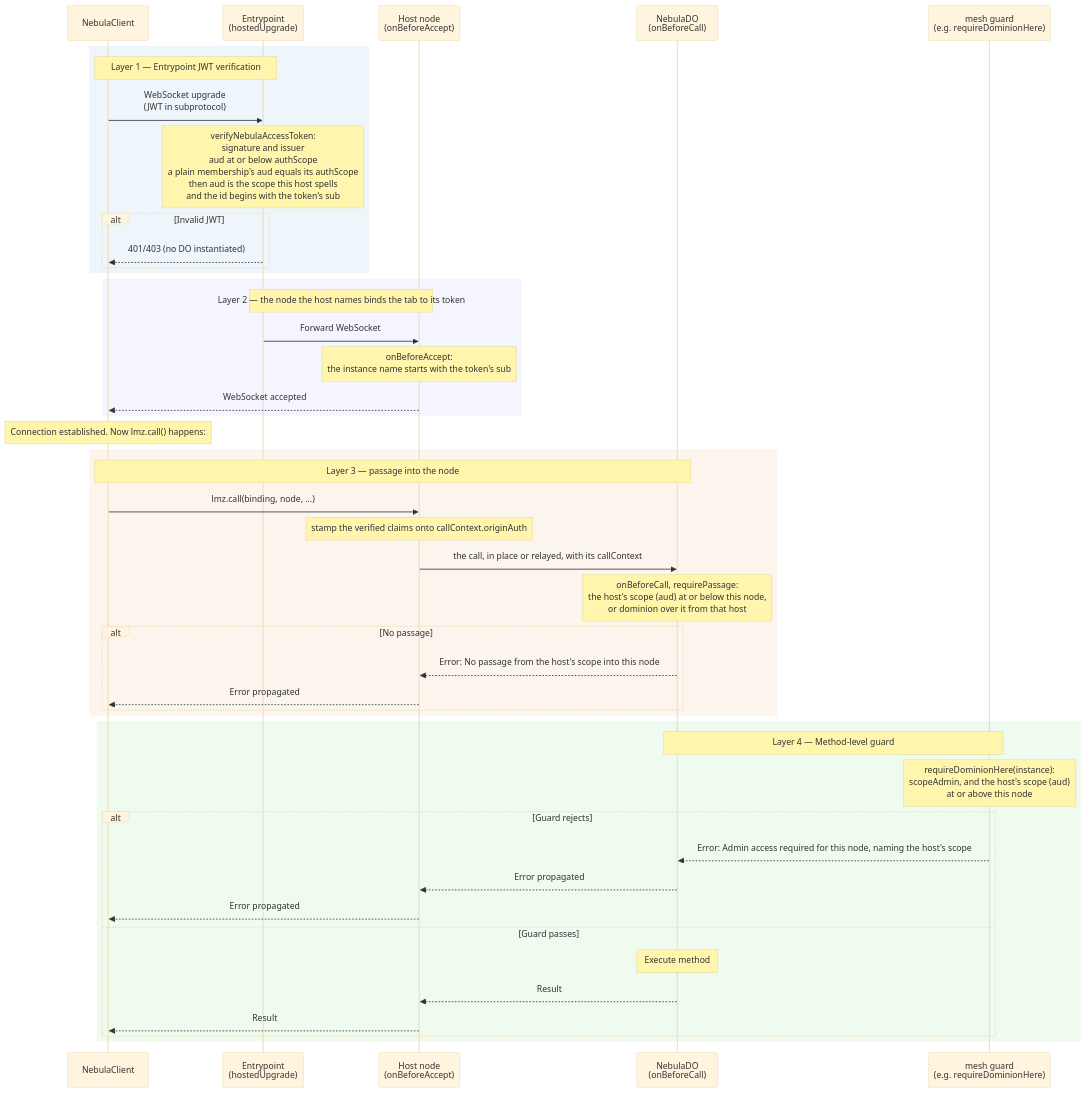
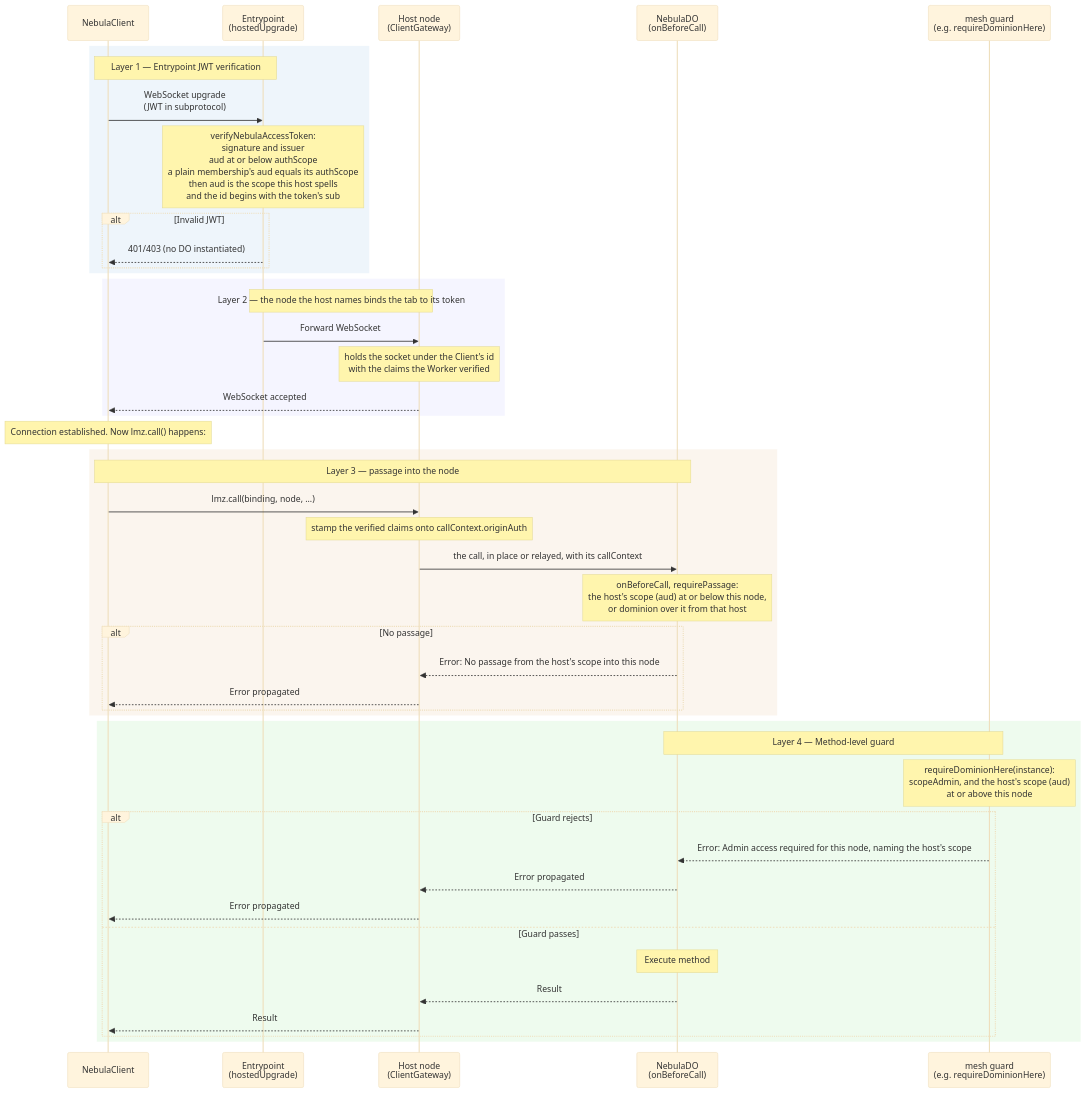
Before and after one commit to lumenize/lumenize: the fourth of 5 diagrams in website/docs/nebula/auth-flows.md, drawn with Mermaid (base theme). The commit also changed 5 other files, not shown here.

First line of the commit message:
refactor(nebula): the host node no longer re-checks a Client's sub at accept

````diff
--- a/website/docs/nebula/auth-flows.md
+++ b/website/docs/nebula/auth-flows.md
@@ -207,52 +207,52 @@
 ```mermaid
 sequenceDiagram
     participant C as NebulaClient
     participant EP as Entrypoint<br/>(hostedUpgrade)
-    participant GW as Host node<br/>(onBeforeAccept)
+    participant GW as Host node<br/>(ClientGateway)
     participant DO as NebulaDO<br/>(onBeforeCall)
     participant M as mesh guard<br/>(e.g. requireDominionHere)
 
     rect rgba(200, 220, 240, 0.3)
         Note over C,EP: Layer 1 — Entrypoint JWT verification
         C->>EP: WebSocket upgrade<br/>(JWT in subprotocol)
         Note over EP: verifyNebulaAccessToken:<br/>signature and issuer<br/>aud at or below authScope<br/>a plain membership's aud equals its authScope<br/>then aud is the scope this host spells<br/>and the id begins with the token's sub
         alt Invalid JWT
             EP-->>C: 401/403 (no DO instantiated)
         end
     end
 
     rect rgba(220, 220, 255, 0.3)
         Note over EP,GW: Layer 2 — the node the host names binds the tab to its token
         EP->>GW: Forward WebSocket
-        Note over GW: onBeforeAccept:<br/>the instance name starts with the token's sub
+        Note over GW: holds the socket under the Client's id<br/>with the claims the Worker verified
         GW-->>C: WebSocket accepted
     end
 
     Note over C: Connection established. Now lmz.call() happens:
 
     rect rgba(240, 220, 200, 0.3)
         Note over C,DO: Layer 3 — passage into the node
         C->>GW: lmz.call(binding, node, ...)
         Note over GW: stamp the verified claims onto callContext.originAuth
         GW->>DO: the call, in place or relayed, with its callContext
         Note over DO: onBeforeCall, requirePassage:<br/>the host's scope (aud) at or below this node,<br/>or dominion over it from that host
         alt No passage
             DO-->>GW: Error: No passage from the host's scope into this node
             GW-->>C: Error propagated
         end
     end
 
     rect rgba(200, 240, 200, 0.3)
         Note over DO,M: Layer 4 — Method-level guard
         Note over M: requireDominionHere(instance):<br/>scopeAdmin, and the host's scope (aud)<br/>at or above this node
         alt Guard rejects
             M-->>DO: Error: Admin access required for this node, naming the host's scope
             DO-->>GW: Error propagated
             GW-->>C: Error propagated
         else Guard passes
             Note over DO: Execute method
             DO-->>GW: Result
             GW-->>C: Result
         end
     end
 ```
````
